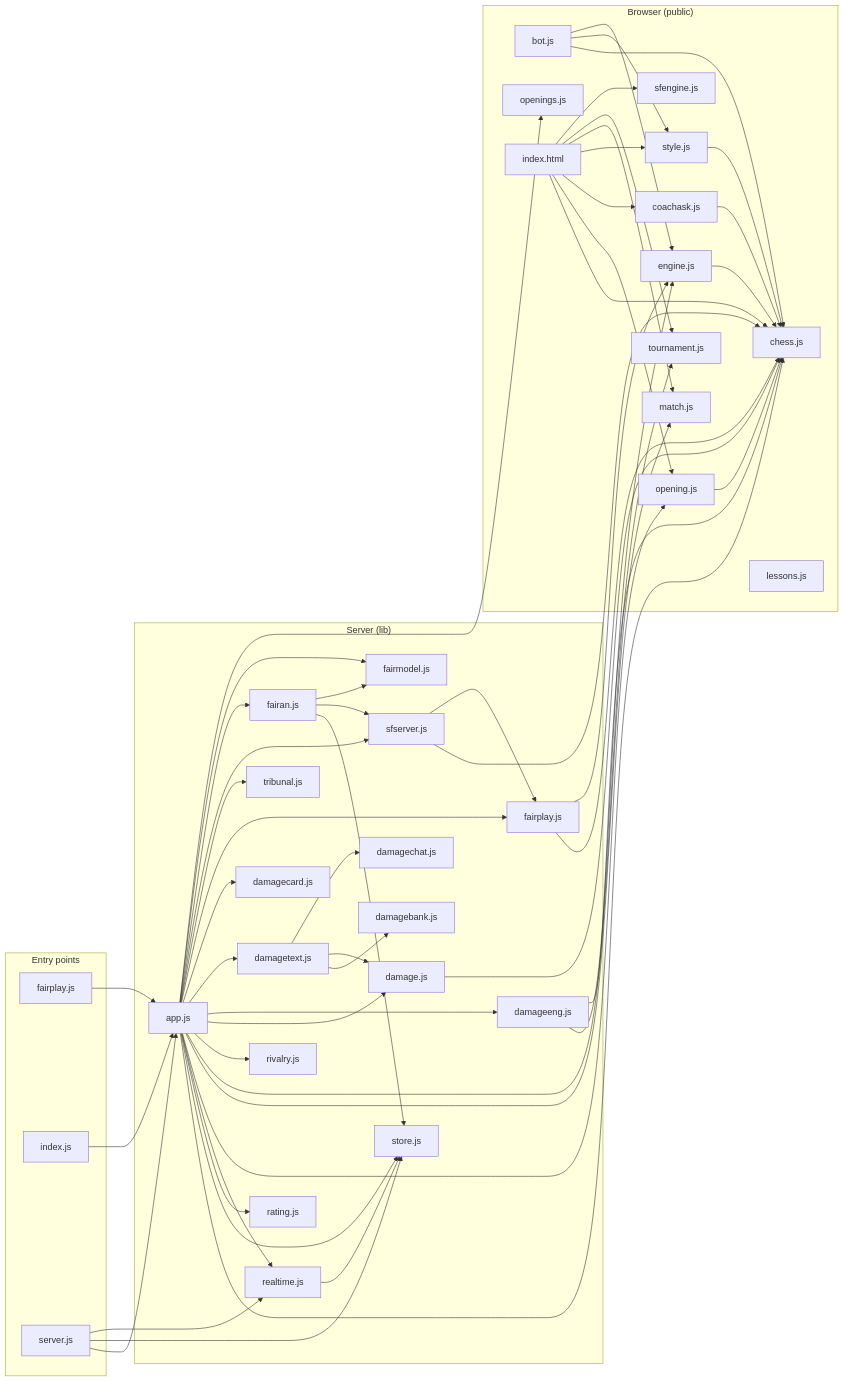
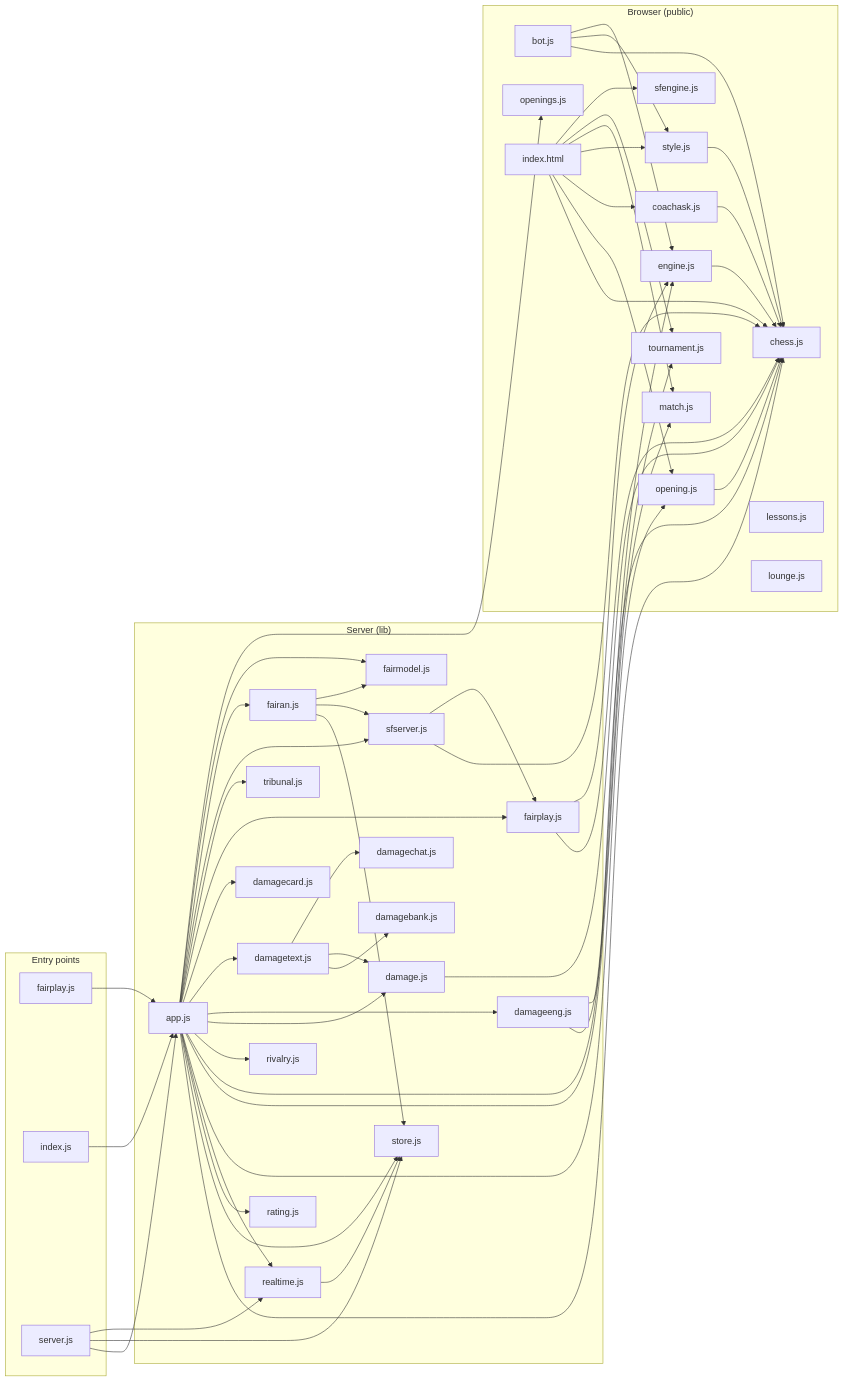
One commit to Vihaancoding/chess-with-friends changed the diagram in docs/code-map.md. Above: the diagram before and after it, drawn with Mermaid. The commit also changed other lines of this file and 5 other files, not shown here.

```diff
--- a/docs/code-map.md
+++ b/docs/code-map.md
@@ -33,6 +33,7 @@
     public_coachask_js["coachask.js"]
     public_engine_js["engine.js"]
     public_lessons_js["lessons.js"]
+    public_lounge_js["lounge.js"]
     public_match_js["match.js"]
     public_opening_js["opening.js"]
     public_openings_js["openings.js"]
```
